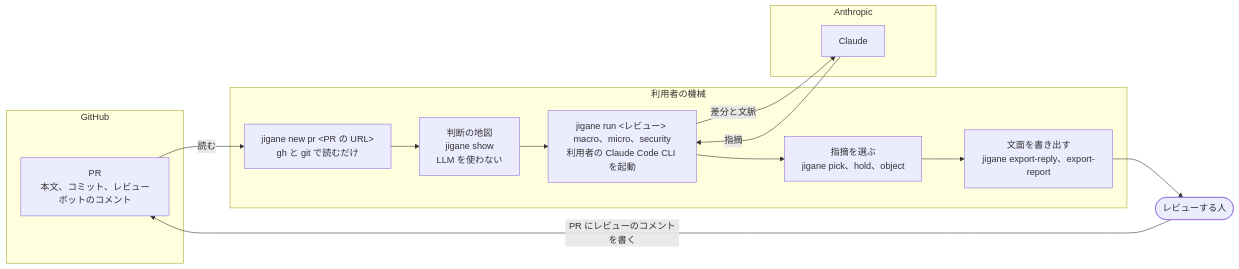
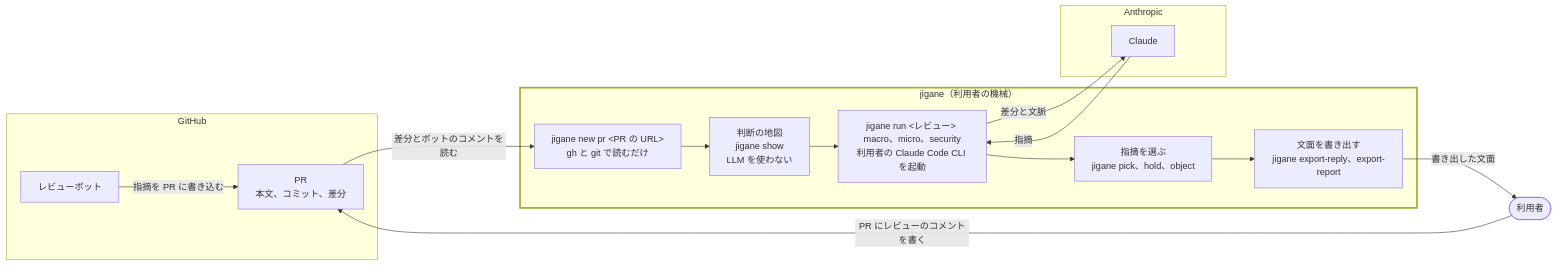
Before and after one commit to kokiTakashiki/jigane: the first of 2 diagrams in README.md, drawn with Mermaid. The commit also changed other lines of this file and 336 other files, not shown here.

````diff
--- a/README.md
+++ b/README.md
@@ -17,23 +17,26 @@
 ```mermaid
 flowchart LR
     subgraph github["GitHub"]
-        pr["PR<br/>本文、コミット、レビューボットのコメント"]
+        pr["PR<br/>本文、コミット、差分"]
+        bot["レビューボット"]
     end
-    subgraph local["利用者の機械"]
+    subgraph jigane["jigane（利用者の機械）"]
         new["jigane new pr &lt;PR の URL&gt;<br/>gh と git で読むだけ"]
         map["判断の地図<br/>jigane show<br/>LLM を使わない"]
         run["jigane run &lt;レビュー&gt; macro、micro、security<br/>利用者の Claude Code CLI を起動"]
         pick["指摘を選ぶ<br/>jigane pick、hold、object"]
         out["文面を書き出す<br/>jigane export-reply、export-report"]
         new --> map --> run --> pick --> out
     end
+    reviewer(["利用者"])
     subgraph anthropic["Anthropic"]
         claude["Claude"]
     end
-    reviewer(["レビューする人"])
-    pr -- "読む" --> new
+    pr -- "差分とボットのコメントを読む" --> new
+    out -- "書き出した文面" --> reviewer
+    reviewer -- "PR にレビューのコメントを書く" --> pr
+    bot -- "指摘を PR に書き込む" --> pr
     run -- "差分と文脈" --> claude
     claude -- "指摘" --> run
-    out --> reviewer
-    reviewer -- "PR にレビューのコメントを書く" --> pr
+    style jigane stroke-width:3px
 ```
````
